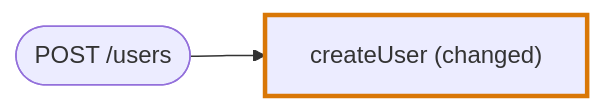
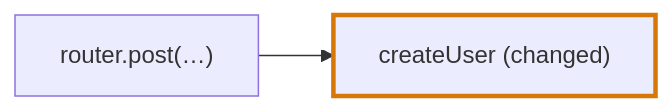
Before and after one commit to kidlat-dakila/flight-plan: the second of 2 diagrams in docs/vocabulary/codegraph/languages/typescript.md, drawn with Mermaid. The commit also changed other lines of this file and 207 other files, not shown here.

First line of the commit message:
feat: Refactor journey flow diagrams and written parts handling

````diff
--- a/docs/vocabulary/codegraph/languages/typescript.md
+++ b/docs/vocabulary/codegraph/languages/typescript.md
@@ -128,5 +126,5 @@
 ```mermaid
 flowchart LR
-  entry(["POST /users"]) --> createUser["createUser (changed)"]:::changed
+  route["router.post(…)"] --> createUser["createUser (changed)"]:::changed
   classDef changed stroke:#d97706,stroke-width:3px
 ```
````
